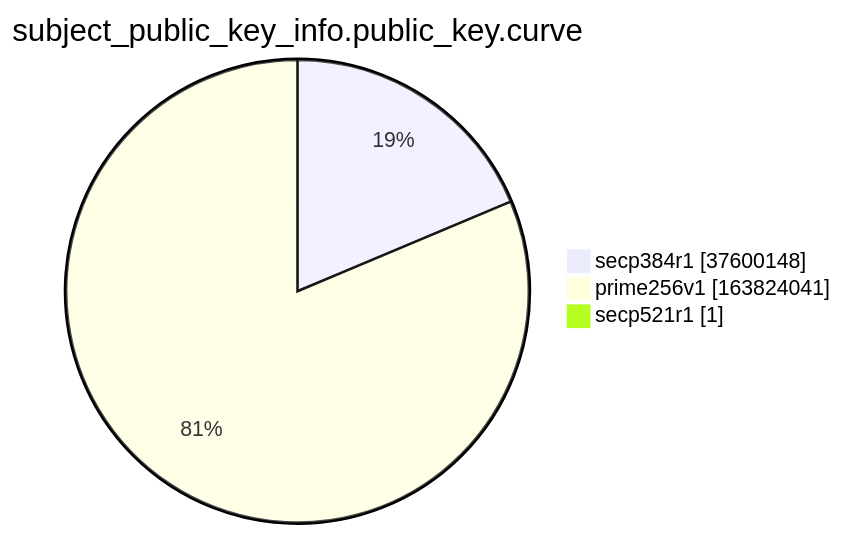
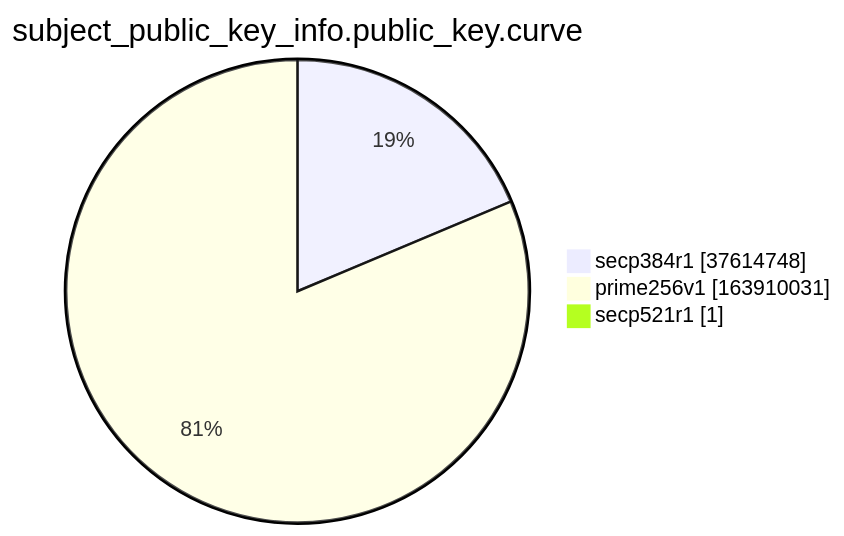
One commit to christiankrug/ctmonitor_visualization changed the ninth of 15 diagrams in argon2022/README.md. Above: the diagram before and after it, drawn with Mermaid. The commit also changed other lines of this file, not shown here.

````diff
--- a/argon2022/README.md
+++ b/argon2022/README.md
@@ -2766,7 +2766,7 @@
 ```mermaid
 pie showData
 title subject_public_key_info.public_key.curve
-"secp384r1" :37600148
-"prime256v1" :163824041
+"secp384r1" :37614748
+"prime256v1" :163910031
 "secp521r1" :1
 ```
````
